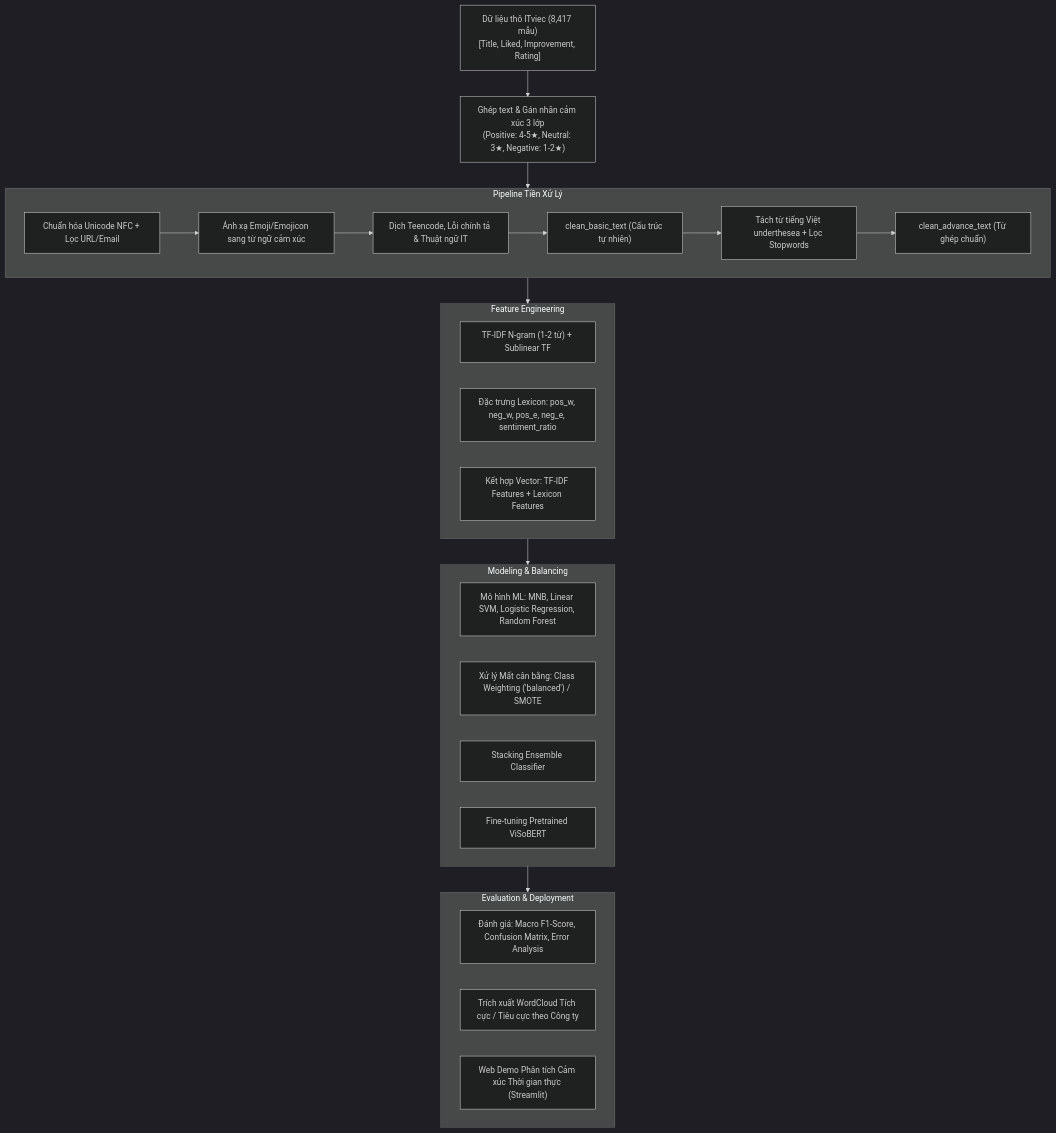
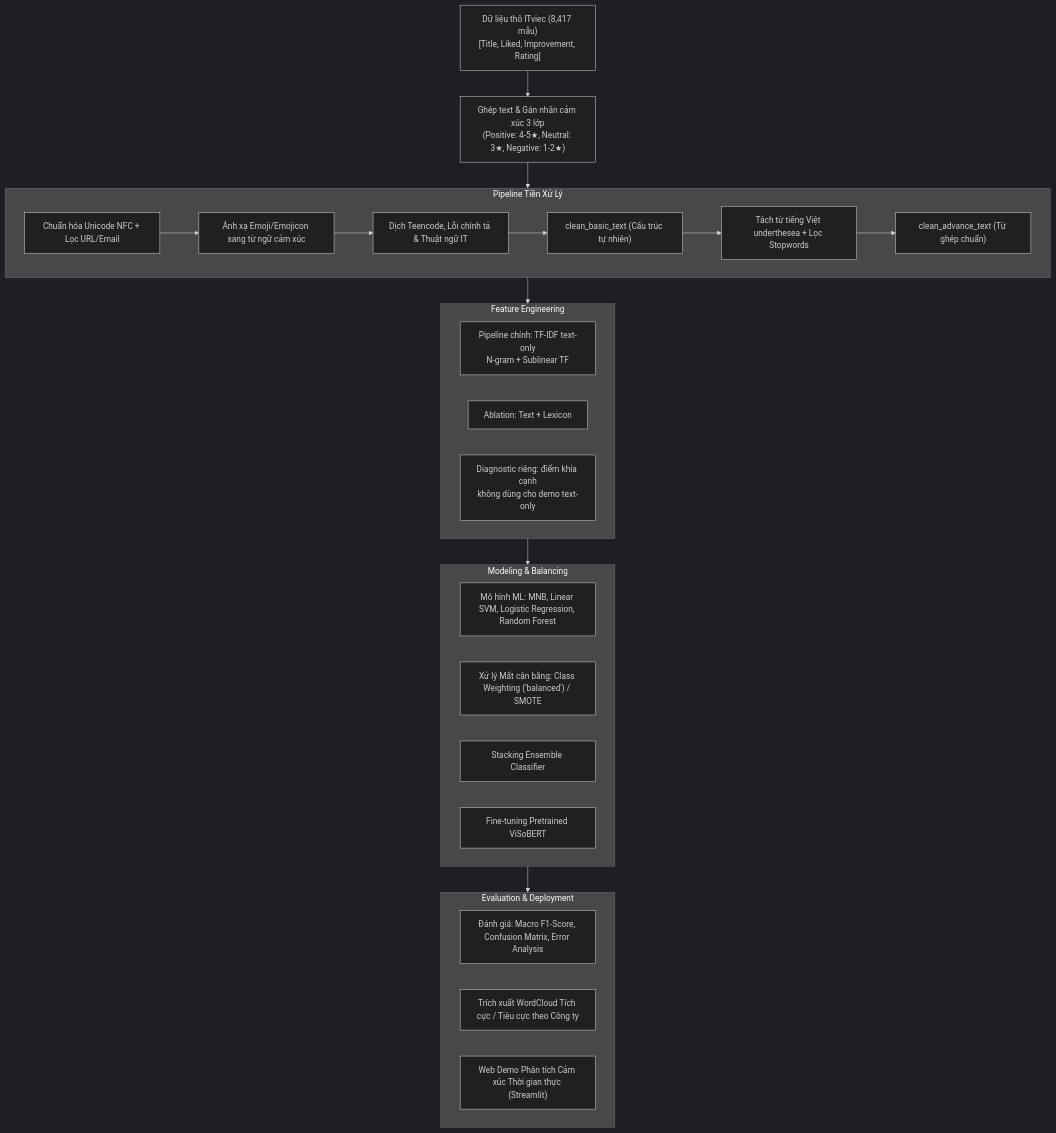
The diagram in README.md (NDK2002/NLP-Sentiment-Analysis-ITviec), drawn with Mermaid (dark theme) before and after one commit. The commit also changed other lines of this file and 27 other files, not shown here.

````diff
--- a/README.md
+++ b/README.md
@@ -48,39 +48,39 @@
 ```mermaid
 flowchart TD
     A["Dữ liệu thô ITviec (8,417 mẫu)<br>[Title, Liked, Improvement, Rating]"] --> B["Ghép text & Gán nhãn cảm xúc 3 lớp<br>(Positive: 4-5★, Neutral: 3★, Negative: 1-2★)"]
     
     B --> C["Pipeline Tiền xử lý 2 tầng (src/preprocessing.py)"]
     
     subgraph C ["Pipeline Tiền Xử Lý"]
         C1["Chuẩn hóa Unicode NFC + Lọc URL/Email"] --> C2["Ánh xạ Emoji/Emojicon sang từ ngữ cảm xúc"]
         C2 --> C3["Dịch Teencode, Lỗi chính tả & Thuật ngữ IT"]
         C3 --> C4["clean_basic_text (Cấu trúc tự nhiên)"]
         C4 --> C5["Tách từ tiếng Việt underthesea + Lọc Stopwords"]
         C5 --> C6["clean_advance_text (Từ ghép chuẩn)"]
     end
     
-    C --> D["Trích xuất Đặc trưng Hybrid (src/features.py)"]
+    C --> D["Trích xuất đặc trưng (src/features.py)"]
     
     subgraph D ["Feature Engineering"]
-        D1["TF-IDF N-gram (1-2 từ) + Sublinear TF"]
-        D2["Đặc trưng Lexicon: pos_w, neg_w, pos_e, neg_e, sentiment_ratio"]
-        D3["Kết hợp Vector: TF-IDF Features + Lexicon Features"]
+        D1["Pipeline chính: TF-IDF text-only<br>N-gram + Sublinear TF"]
+        D2["Ablation: Text + Lexicon"]
+        D3["Diagnostic riêng: điểm khía cạnh<br>không dùng cho demo text-only"]
     end
     
     D --> E["Huấn luyện & Xử lý Mất cân bằng (src/models.py)"]
     
     subgraph E ["Modeling & Balancing"]
         E1["Mô hình ML: MNB, Linear SVM, Logistic Regression, Random Forest"]
         E2["Xử lý Mất cân bằng: Class Weighting ('balanced') / SMOTE"]
         E3["Stacking Ensemble Classifier"]
         E4["Fine-tuning Pretrained ViSoBERT"]
     end
     
     E --> F["Đánh giá & Khai phá Insight Doanh nghiệp"]
     
     subgraph F ["Evaluation & Deployment"]
         F1["Đánh giá: Macro F1-Score, Confusion Matrix, Error Analysis"]
         F2["Trích xuất WordCloud Tích cực / Tiêu cực theo Công ty"]
         F3["Web Demo Phân tích Cảm xúc Thời gian thực (Streamlit)"]
     end
 ```
````
